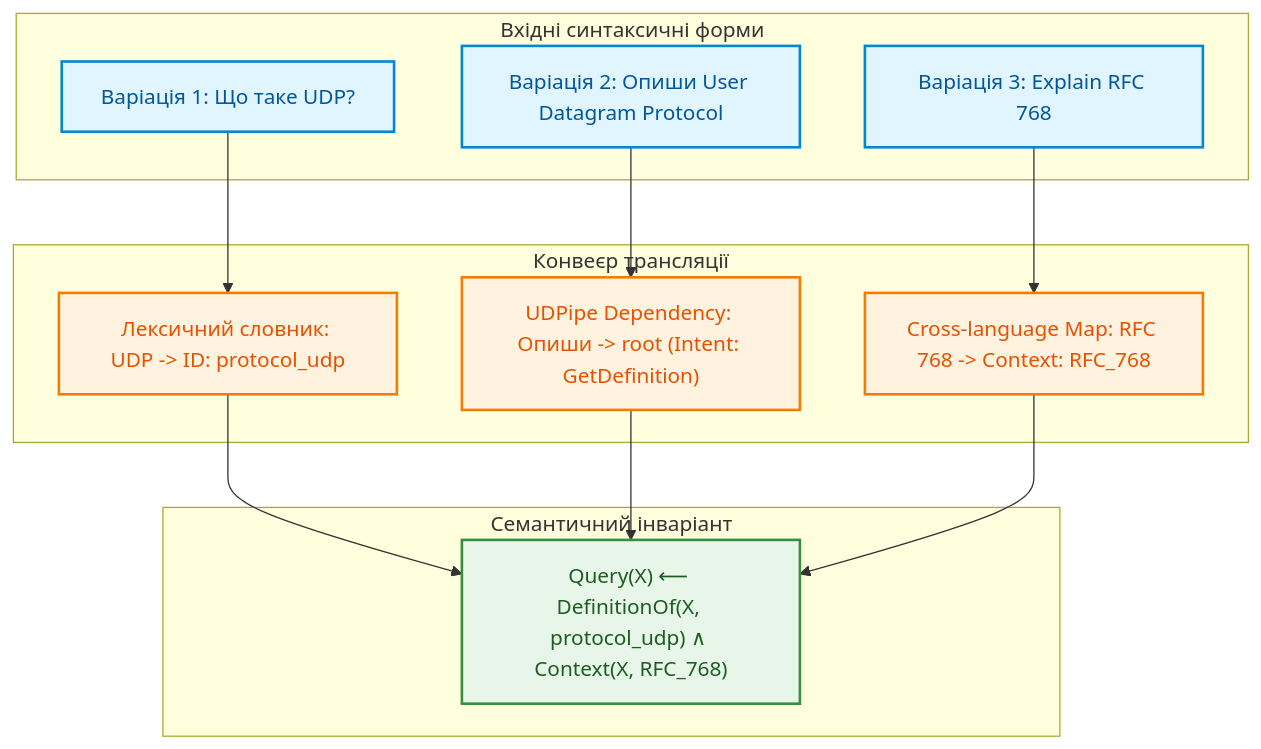
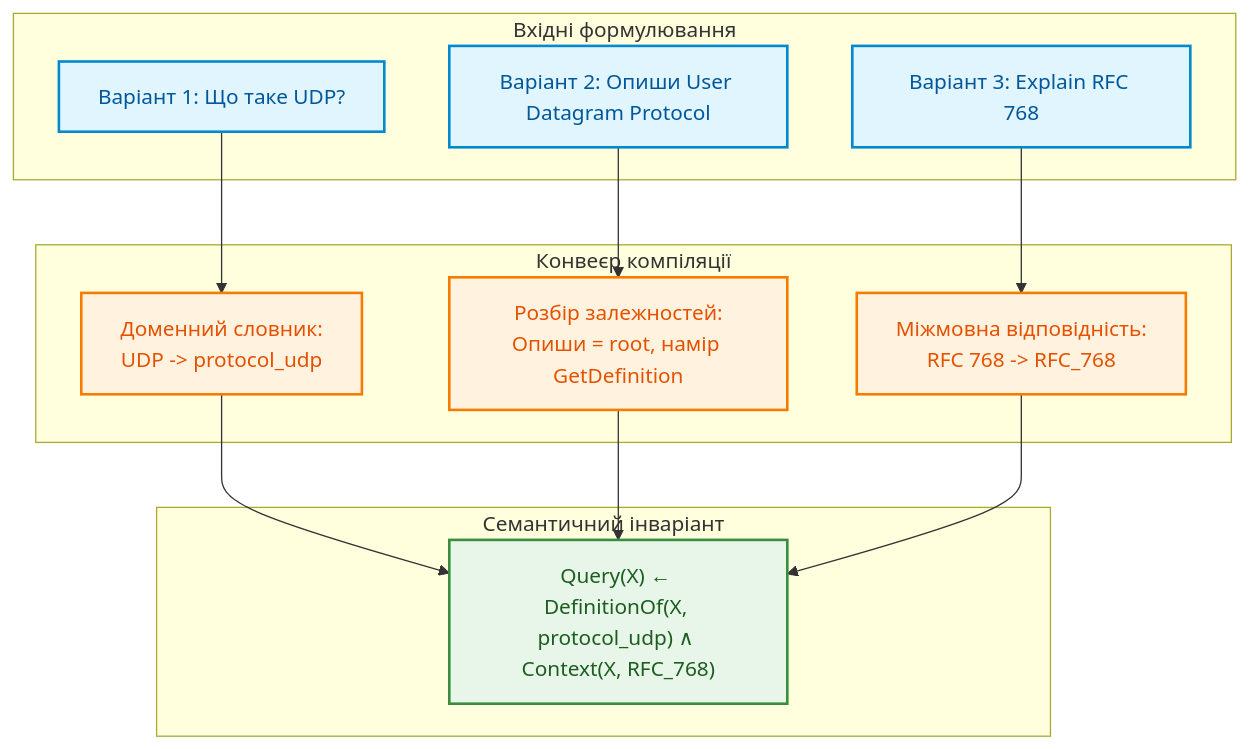
Before and after one commit to nick-fedchik/articles: the seventh of 8 diagrams in ExpertSystem/ch13-language-variability-vs-determinism.md, drawn with Mermaid. The commit also changed other lines of this file, not shown here.

````diff
--- a/ExpertSystem/ch13-language-variability-vs-determinism.md
+++ b/ExpertSystem/ch13-language-variability-vs-determinism.md
@@ -342,36 +396,36 @@
 ```mermaid
 flowchart TD
-    accTitle: Зведення групи синтаксичних еквівалентностей до єдиного предикату
+    accTitle: Зведення групи синтаксичних еквівалентностей до єдиного предиката
     accDescr: Схема трансляції трьох різних запитів в один канонічний предикат логічного виведення.
 
-    subgraph Вхідні синтаксичні форми
-        V1["Варіація 1: Що таке UDP?"]
-        V2["Варіація 2: Опиши User Datagram Protocol"]
-        V3["Варіація 3: Explain RFC 768"]
+    subgraph FORMS ["Вхідні формулювання"]
+        V1["Варіант 1: Що таке UDP?"]
+        V2["Варіант 2: Опиши User Datagram Protocol"]
+        V3["Варіант 3: Explain RFC 768"]
     end
 
-    subgraph Конвеєр трансляції
-        P1["Лексичний словник: UDP -> ID: protocol_udp"]
-        P2["UDPipe Dependency: Опиши -> root (Intent: GetDefinition)"]
-        P3["Cross-language Map: RFC 768 -> Context: RFC_768"]
+    subgraph PIPE ["Конвеєр компіляції"]
+        P1["Доменний словник:<br/>UDP -> protocol_udp"]
+        P2["Розбір залежностей:<br/>Опиши = root, намір GetDefinition"]
+        P3["Міжмовна відповідність:<br/>RFC 768 -> RFC_768"]
     end
 
-    subgraph Семантичний інваріант
-        PRED["Query(X) ⟵ DefinitionOf(X, protocol_udp) ∧ Context(X, RFC_768)"]
+    subgraph INV ["Семантичний інваріант"]
+        PRED["Query(X) ← DefinitionOf(X, protocol_udp) ∧ Context(X, RFC_768)"]
     end
 
     V1 --> P1
     V2 --> P2
     V3 --> P3
     P1 --> PRED
     P2 --> PRED
     P3 --> PRED
 
     classDef inp fill:#e1f5fe,stroke:#0288d1,stroke-width:2px,color:#01579b;
     classDef pipe fill:#fff3e0,stroke:#f57c00,stroke-width:2px,color:#e65100;
     classDef target fill:#e8f5e9,stroke:#388e3c,stroke-width:2px,color:#1b5e20;
 
     class V1,V2,V3 inp;
     class P1,P2,P3 pipe;
     class PRED target;
 ```
````
